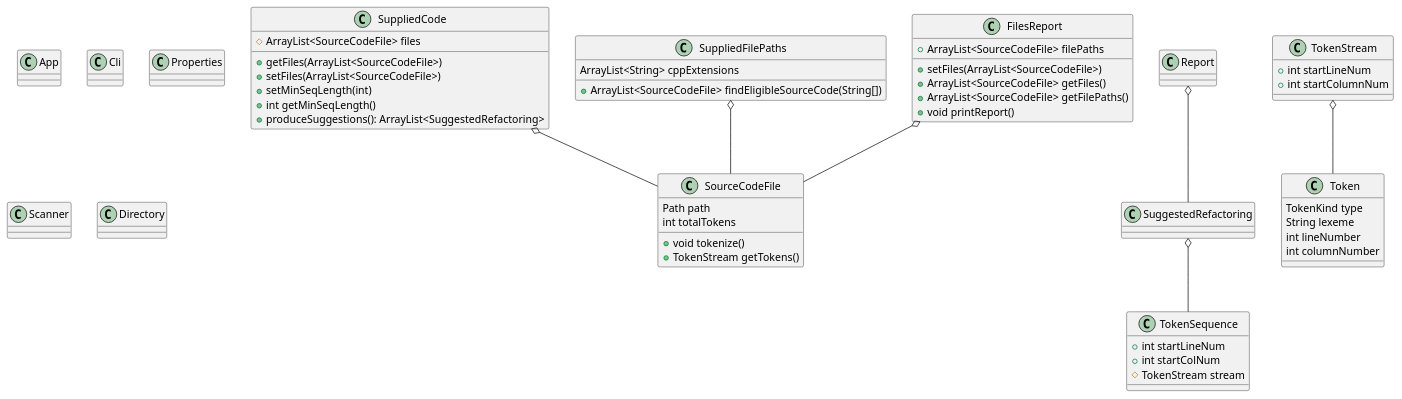
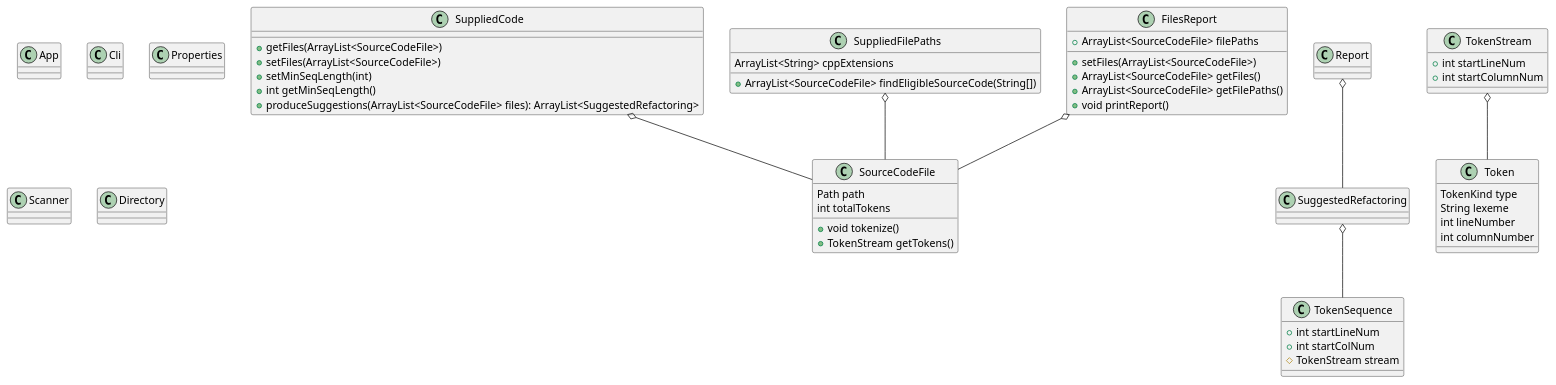
The diagram in src/doc/plantuml/classes.puml (ShroudofDark/CS350-DupDetector), drawn with PlantUML before and after one commit. The commit also changed 5 other files, not shown here.

```diff
--- a/src/doc/plantuml/classes.puml
+++ b/src/doc/plantuml/classes.puml
@@ -1,91 +1,90 @@
 @startuml
 
 class SuppliedCode {
-    # ArrayList<SourceCodeFile> files
     + getFiles(ArrayList<SourceCodeFile>)
     + setFiles(ArrayList<SourceCodeFile>)
     + setMinSeqLength(int)
     + int getMinSeqLength()
-    + produceSuggestions(): ArrayList<SuggestedRefactoring>
+    + produceSuggestions(ArrayList<SourceCodeFile> files): ArrayList<SuggestedRefactoring>
 
 }
 
 class SuppliedFilePaths {
     ArrayList<String> cppExtensions
     + ArrayList<SourceCodeFile> findEligibleSourceCode(String[])
 }
 
 class SuggestedRefactoring {
   
 }
 
 SuggestedRefactoring o-- TokenSequence
 
 class SourceCodeFile {
     Path path
     int totalTokens
     + void tokenize()
     + TokenStream getTokens()
 }
 
 class TokenSequence {
     + int startLineNum
     + int startColNum
     # TokenStream stream
 }
 
 class TokenStream {
     + int startLineNum
     + int startColumnNum
 }
 
 class Token {
     TokenKind type
     String lexeme
     int lineNumber
     int columnNumber
 }
 
 TokenStream o-- Token
 
 class FilesReport {
     + ArrayList<SourceCodeFile> filePaths
     + setFiles(ArrayList<SourceCodeFile>)
     + ArrayList<SourceCodeFile> getFiles()
     + ArrayList<SourceCodeFile> getFilePaths()
     + void printReport()
 }
 
 SuppliedFilePaths o-- SourceCodeFile
 SuppliedCode o-- SourceCodeFile
 FilesReport o-- SourceCodeFile
 
 class Report {
 
 }
 
 Report o-- SuggestedRefactoring
 
 class App {
 
 }
 
 class Cli {
 
 }
 
 class Properties {
 
 }
 
 class Scanner {
 
 }
 
 class Directory {
 
 }
 
 
 
 @enduml
```
